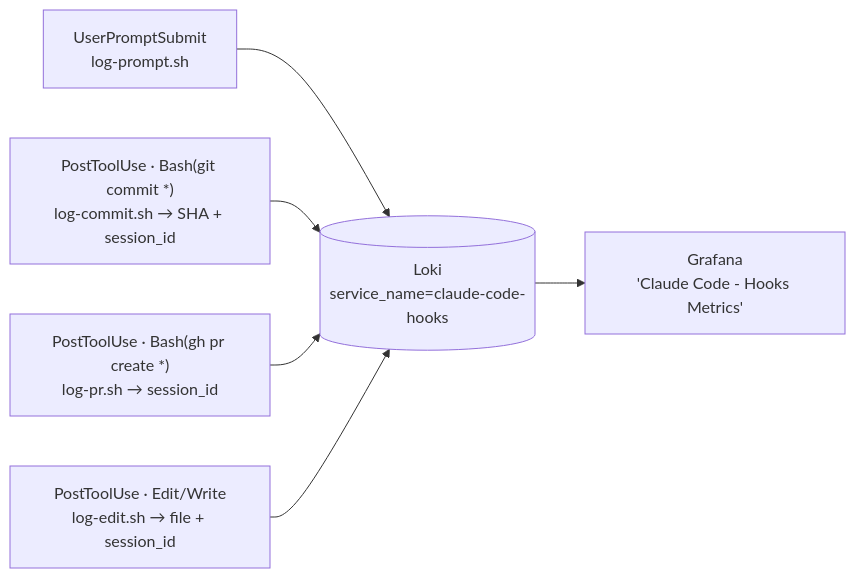
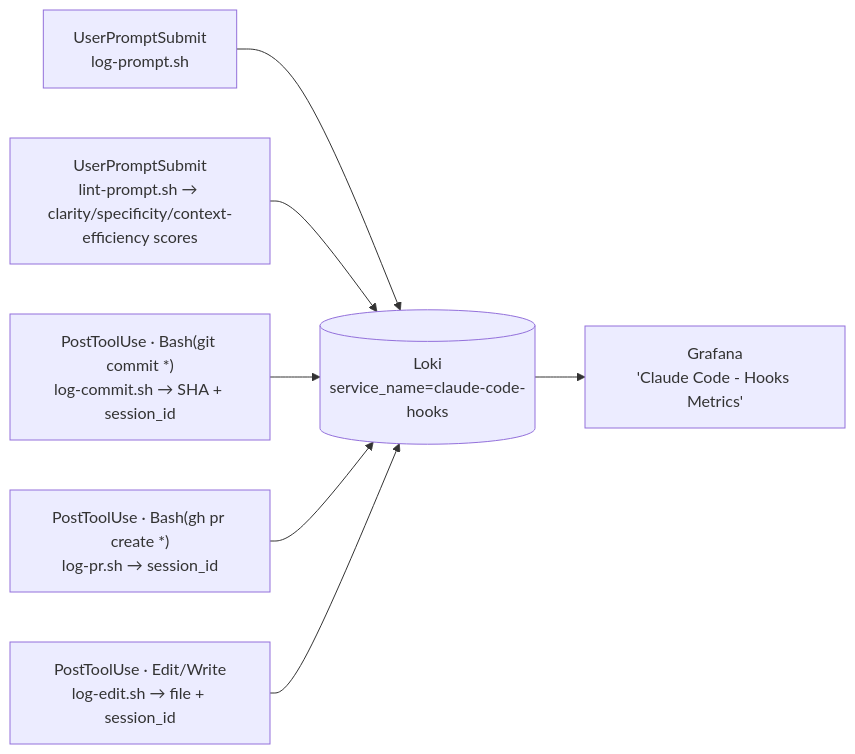
The diagram in hooks/README.md (cognitive-ops/token-guard), drawn with Mermaid before and after one commit. The commit also changed other lines of this file and 18 other files, not shown here.

````diff
--- a/hooks/README.md
+++ b/hooks/README.md
@@ -7,8 +7,9 @@
 ```mermaid
 flowchart LR
     UPS["UserPromptSubmit<br/>log-prompt.sh"] --> LOKI[("Loki<br/>service_name=claude-code-hooks")]
+    LINT["UserPromptSubmit<br/>lint-prompt.sh → clarity/specificity/context-efficiency scores"] --> LOKI
     PTC["PostToolUse · Bash(git commit *)<br/>log-commit.sh → SHA + session_id"] --> LOKI
     PTP["PostToolUse · Bash(gh pr create *)<br/>log-pr.sh → session_id"] --> LOKI
     PTE["PostToolUse · Edit/Write<br/>log-edit.sh → file + session_id"] --> LOKI
     LOKI --> G["Grafana<br/>'Claude Code - Hooks Metrics'"]
 ```
````
